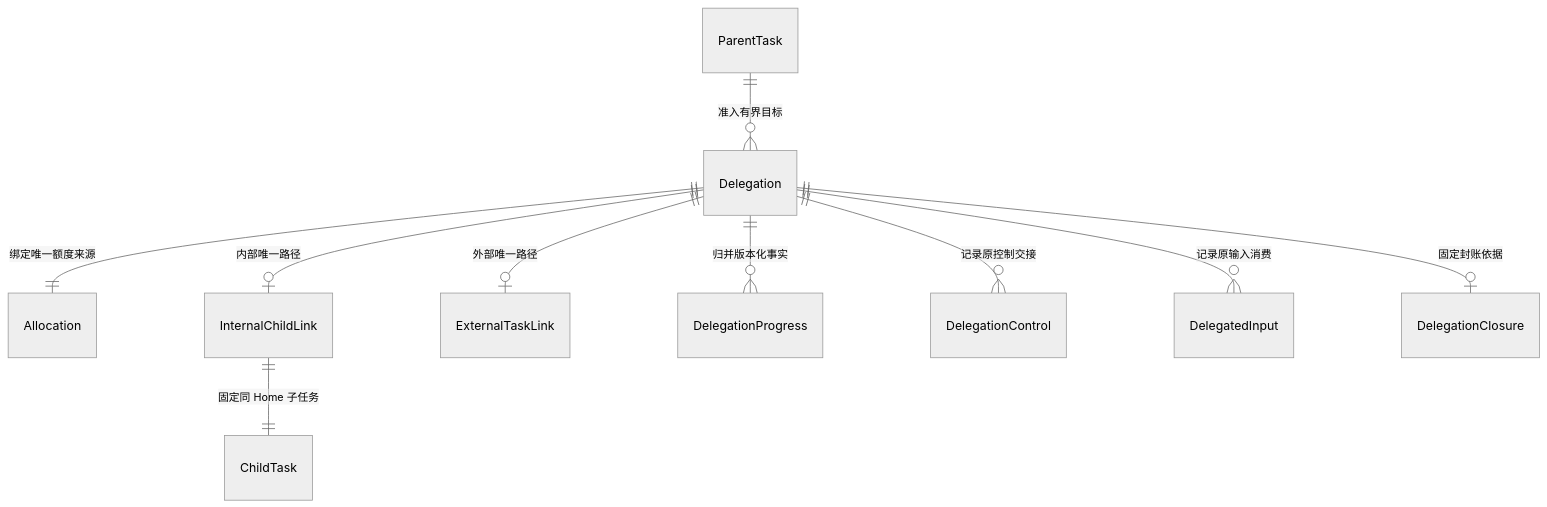
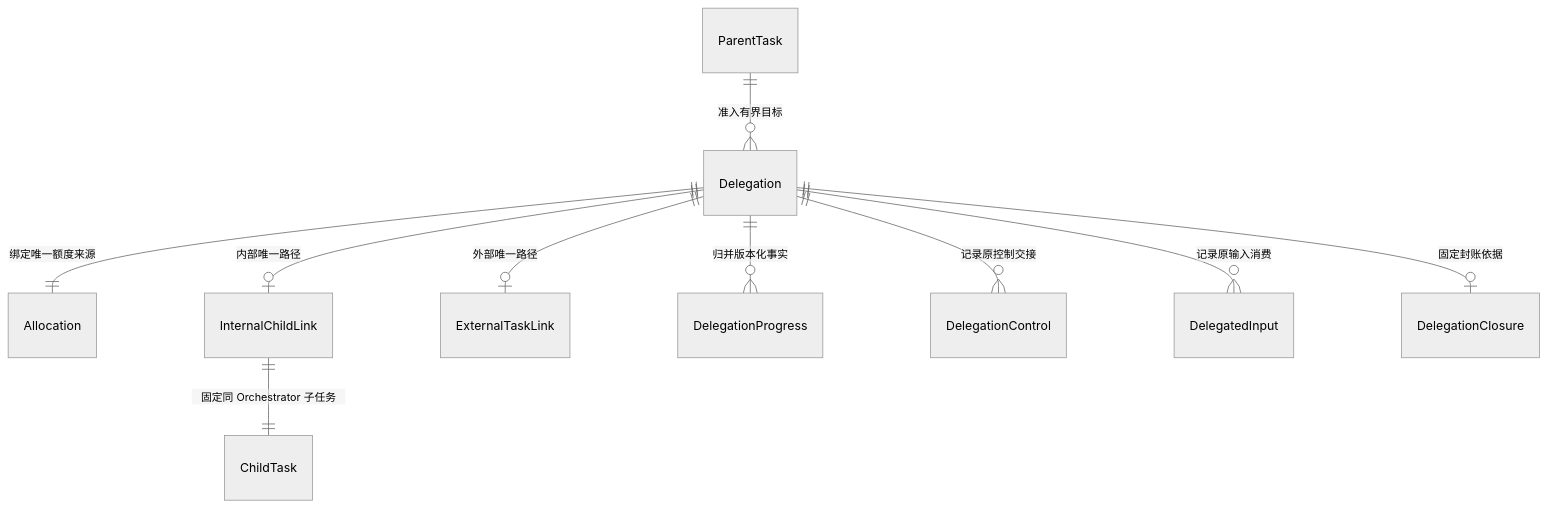
The second of 4 diagrams in docs/architecture/collaboration/implementation.md (ruipengliu/lerna), drawn with Mermaid (neutral theme) before and after one commit. The commit also changed other lines of this file and 174 other files, not shown here.

Commit message:
docs: rename task runtime to orchestrator

````diff
--- a/docs/architecture/collaboration/implementation.md
+++ b/docs/architecture/collaboration/implementation.md
@@ -76,12 +76,12 @@
 ```mermaid
 erDiagram
     ParentTask ||--o{ Delegation : "准入有界目标"
     Delegation ||--|| Allocation : "绑定唯一额度来源"
     Delegation ||--o| InternalChildLink : "内部唯一路径"
-    InternalChildLink ||--|| ChildTask : "固定同 Home 子任务"
+    InternalChildLink ||--|| ChildTask : "固定同 Orchestrator 子任务"
     Delegation ||--o| ExternalTaskLink : "外部唯一路径"
     Delegation ||--o{ DelegationProgress : "归并版本化事实"
     Delegation ||--o{ DelegationControl : "记录原控制交接"
     Delegation ||--o{ DelegatedInput : "记录原输入消费"
     Delegation ||--o| DelegationClosure : "固定封账依据"
 ```
````
